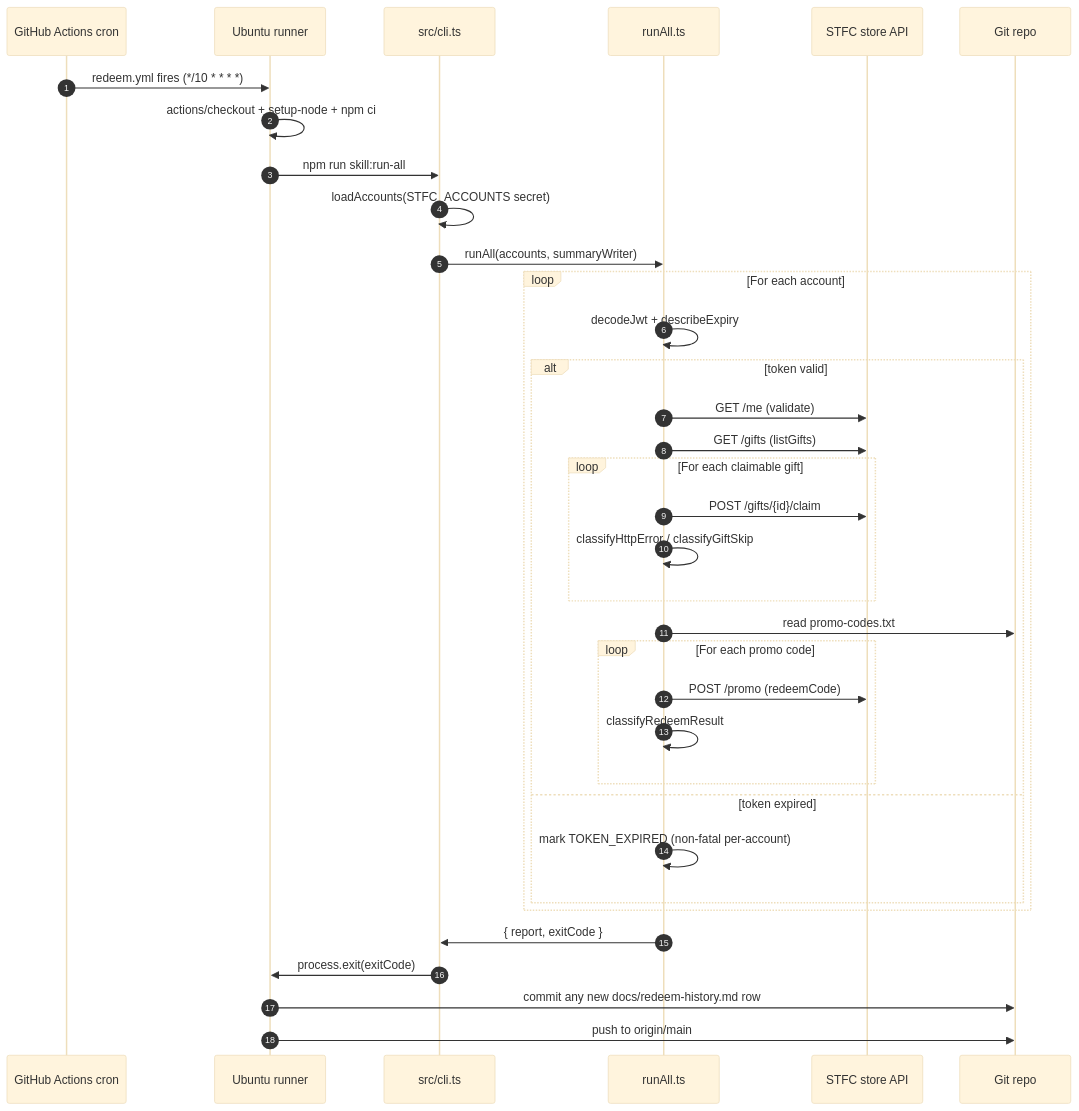
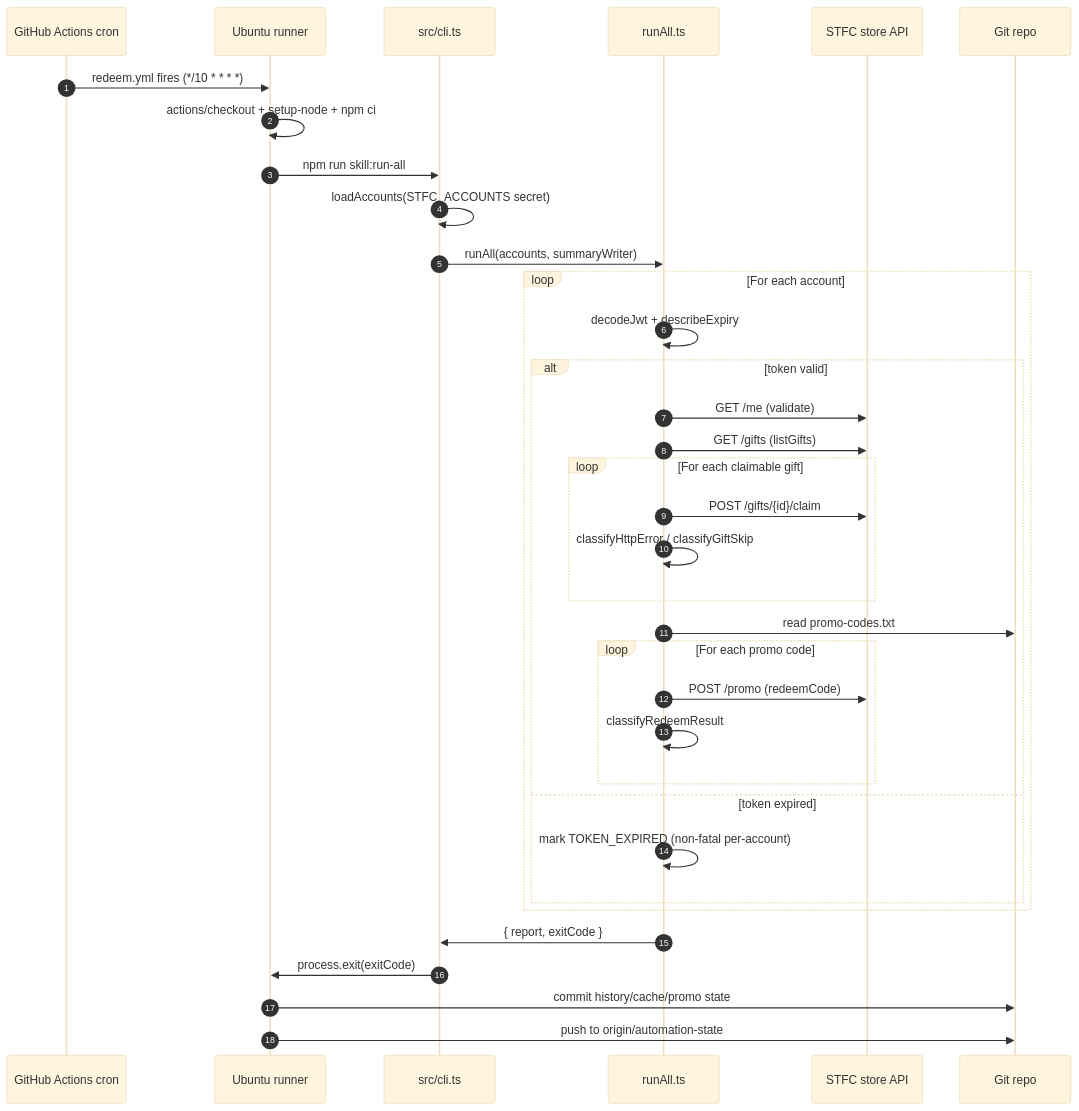
The second of 4 diagrams in docs/ARCHITECTURE.md (Jamula/stfc), drawn with Mermaid (base theme) before and after one commit. The commit also changed other lines of this file and 19 other files, not shown here.

````diff
--- a/docs/ARCHITECTURE.md
+++ b/docs/ARCHITECTURE.md
@@ -470,38 +475,38 @@
 ```mermaid
 sequenceDiagram
   autonumber
   participant Cron as GitHub Actions cron
   participant Runner as Ubuntu runner
   participant CLI as src/cli.ts
   participant Orch as runAll.ts
   participant API as STFC store API
   participant Repo as Git repo
 
   Cron->>Runner: redeem.yml fires (*/10 * * * *)
   Runner->>Runner: actions/checkout + setup-node + npm ci
   Runner->>CLI: npm run skill:run-all
   CLI->>CLI: loadAccounts(STFC_ACCOUNTS secret)
   CLI->>Orch: runAll(accounts, summaryWriter)
   loop For each account
     Orch->>Orch: decodeJwt + describeExpiry
     alt token valid
       Orch->>API: GET /me  (validate)
       Orch->>API: GET /gifts (listGifts)
       loop For each claimable gift
         Orch->>API: POST /gifts/{id}/claim
         Orch->>Orch: classifyHttpError / classifyGiftSkip
       end
       Orch->>Repo: read promo-codes.txt
       loop For each promo code
         Orch->>API: POST /promo (redeemCode)
         Orch->>Orch: classifyRedeemResult
       end
     else token expired
       Orch->>Orch: mark TOKEN_EXPIRED (non-fatal per-account)
     end
   end
   Orch->>CLI: { report, exitCode }
   CLI->>Runner: process.exit(exitCode)
-  Runner->>Repo: commit any new docs/redeem-history.md row
-  Runner->>Repo: push to origin/main
+  Runner->>Repo: commit history/cache/promo state
+  Runner->>Repo: push to origin/automation-state
 ```
````
